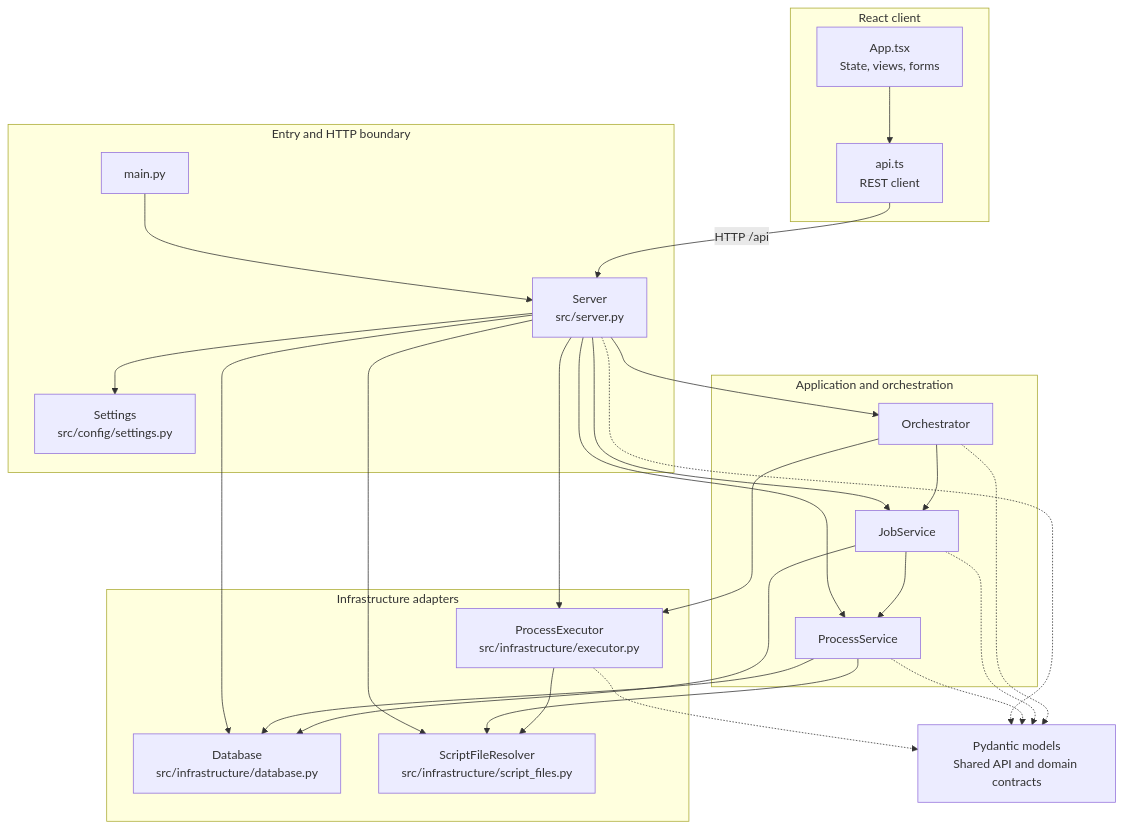
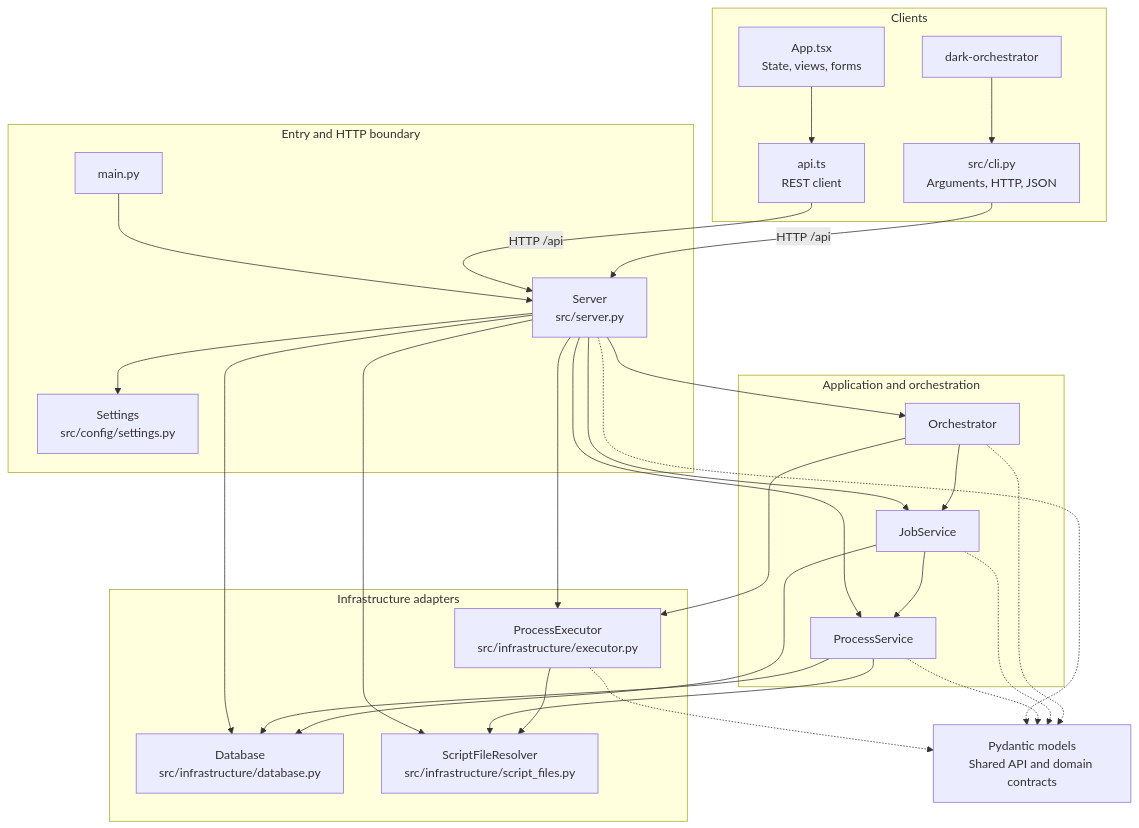
One commit to ScottRBK/Dark-Orchestrator changed the second of 4 diagrams in docs/architecture/architecture.md. Above: the diagram before and after it, drawn with Mermaid. The commit also changed other lines of this file and 10 other files, not shown here.

````diff
--- a/docs/architecture/architecture.md
+++ b/docs/architecture/architecture.md
@@ -72,47 +79,49 @@
 ```mermaid
 flowchart TB
-    subgraph frontend["React client"]
+    subgraph clients["Clients"]
         app["App.tsx<br/>State, views, forms"] --> api_client["api.ts<br/>REST client"]
+        cli_entry["dark-orchestrator"] --> cli_client["src/cli.py<br/>Arguments, HTTP, JSON"]
     end
 
     subgraph boundary["Entry and HTTP boundary"]
         main["main.py"] --> server["Server<br/>src/server.py"]
         settings["Settings<br/>src/config/settings.py"]
     end
 
     subgraph application["Application and orchestration"]
         process_service["ProcessService"]
         job_service["JobService"]
         orchestrator["Orchestrator"]
     end
 
     subgraph infrastructure["Infrastructure adapters"]
         database["Database<br/>src/infrastructure/database.py"]
         files["ScriptFileResolver<br/>src/infrastructure/script_files.py"]
         executor["ProcessExecutor<br/>src/infrastructure/executor.py"]
     end
 
     models["Pydantic models<br/>Shared API and domain contracts"]
 
     api_client -->|"HTTP /api"| server
+    cli_client -->|"HTTP /api"| server
     server --> settings
     server --> process_service
     server --> job_service
     server --> orchestrator
     server --> database
     server --> files
     server --> executor
     process_service --> database
     process_service --> files
     job_service --> database
     job_service --> process_service
     orchestrator --> job_service
     orchestrator --> executor
     executor --> files
 
     server -.-> models
     process_service -.-> models
     job_service -.-> models
     orchestrator -.-> models
     executor -.-> models
 ```
````
